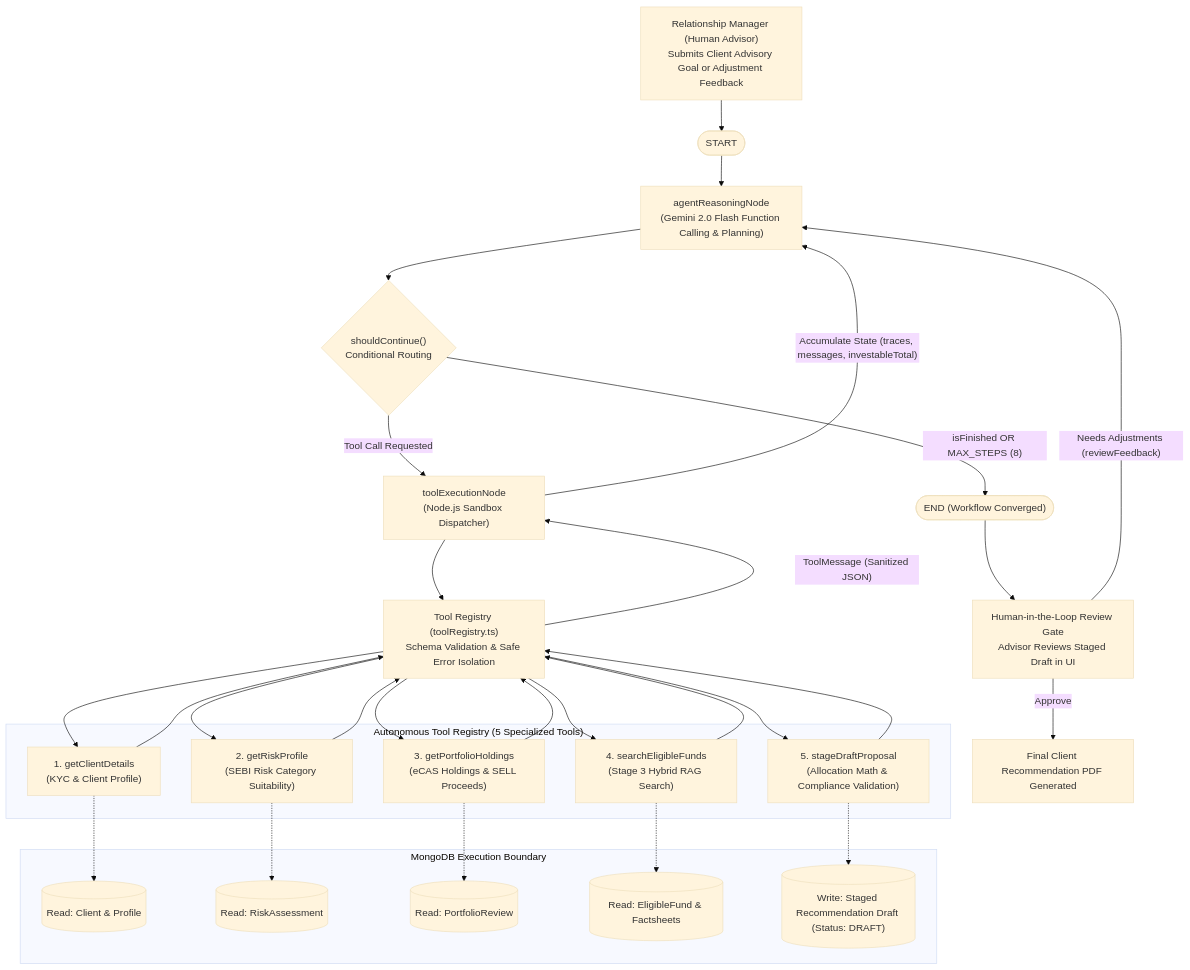
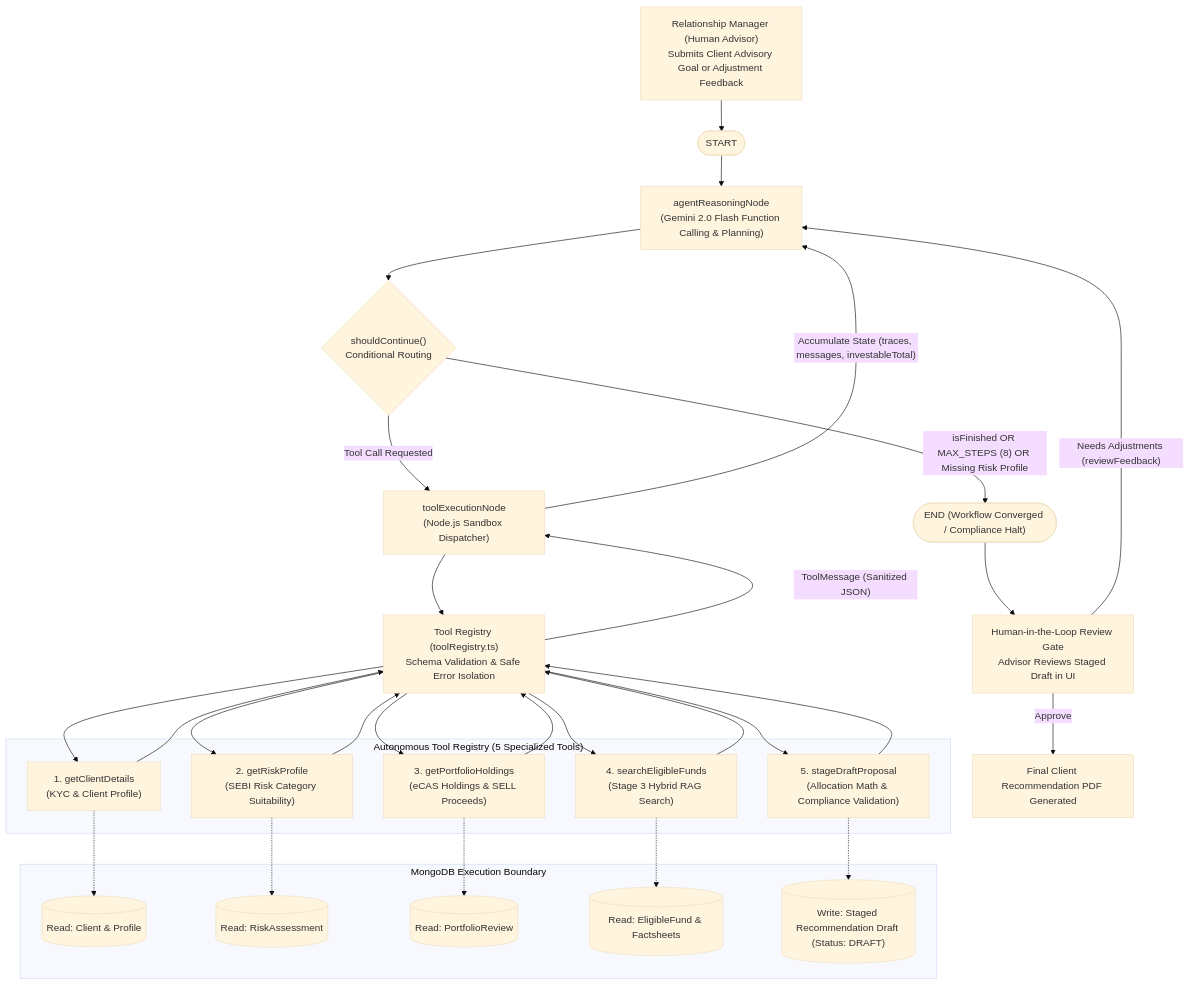
Before and after one commit to NatsuDrag9/wealth-tech-crm: the fifth of 8 diagrams in docs/Interview_Prepations_NodeJs.md, drawn with Mermaid (base theme). The commit also changed other lines of this file and 1 other file, not shown here.

````diff
--- a/docs/Interview_Prepations_NodeJs.md
+++ b/docs/Interview_Prepations_NodeJs.md
@@ -187,53 +410,53 @@
 ```mermaid
 flowchart TD
     RM["Relationship Manager (Human Advisor)<br/>Submits Client Advisory Goal or Adjustment Feedback"] --> START(["START"])
     START --> ARN["agentReasoningNode<br/>(Gemini 2.0 Flash Function Calling & Planning)"]
 
     ARN --> SC{"shouldContinue()<br/>Conditional Routing"}
 
     SC -- "Tool Call Requested" --> TEN["toolExecutionNode<br/>(Node.js Sandbox Dispatcher)"]
-    SC -- "isFinished OR MAX_STEPS (8)" --> END_NODE(["END (Workflow Converged)"])
+    SC -- "isFinished OR MAX_STEPS (8) OR Missing Risk Profile" --> END_NODE(["END (Workflow Converged / Compliance Halt)"])
 
     TEN --> TR["Tool Registry (toolRegistry.ts)<br/>Schema Validation & Safe Error Isolation"]
 
     subgraph Tools ["Autonomous Tool Registry (5 Specialized Tools)"]
         T1["1. getClientDetails<br/>(KYC & Client Profile)"]
         T2["2. getRiskProfile<br/>(SEBI Risk Category Suitability)"]
         T3["3. getPortfolioHoldings<br/>(eCAS Holdings & SELL Proceeds)"]
         T4["4. searchEligibleFunds<br/>(Stage 3 Hybrid RAG Search)"]
         T5["5. stageDraftProposal<br/>(Allocation Math & Compliance Validation)"]
     end
 
     TR --> T1
     TR --> T2
     TR --> T3
     TR --> T4
     TR --> T5
 
     subgraph DB ["MongoDB Execution Boundary"]
         M1[("Read: Client & Profile")]
         M2[("Read: RiskAssessment")]
         M3[("Read: PortfolioReview")]
         M4[("Read: EligibleFund & Factsheets")]
         M5[("Write: Staged Recommendation Draft (Status: DRAFT)")]
     end
 
     T1 -.-> M1
     T2 -.-> M2
     T3 -.-> M3
     T4 -.-> M4
     T5 -.-> M5
 
     T1 --> TR
     T2 --> TR
     T3 --> TR
     T4 --> TR
     T5 --> TR
 
     TR -->|"ToolMessage (Sanitized JSON)"| TEN
     TEN -->|"Accumulate State (traces, messages, investableTotal)"| ARN
 
     END_NODE --> HITL["Human-in-the-Loop Review Gate<br/>Advisor Reviews Staged Draft in UI"]
     HITL -- "Approve" --> APPROVED["Final Client Recommendation PDF Generated"]
     HITL -- "Needs Adjustments (reviewFeedback)" --> ARN
 ```
````
